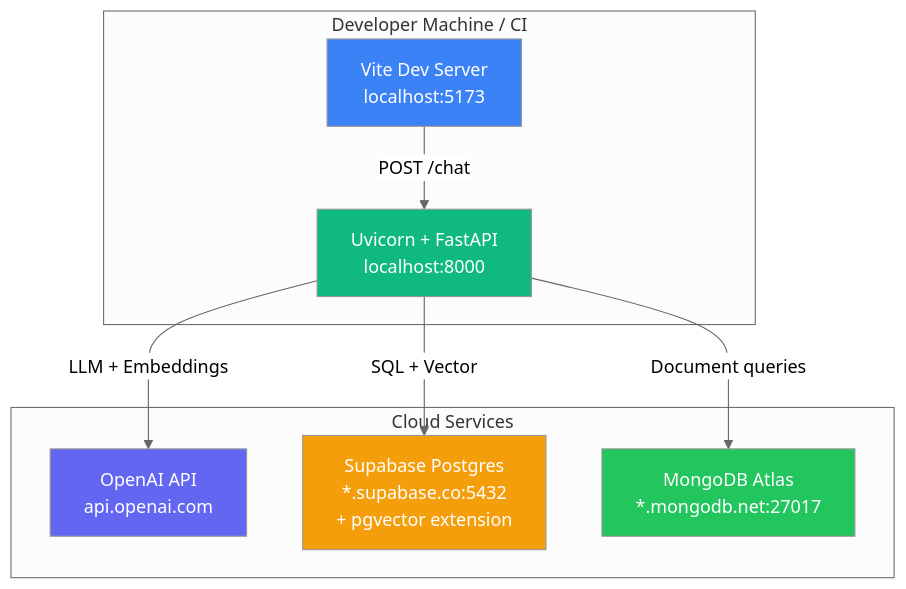
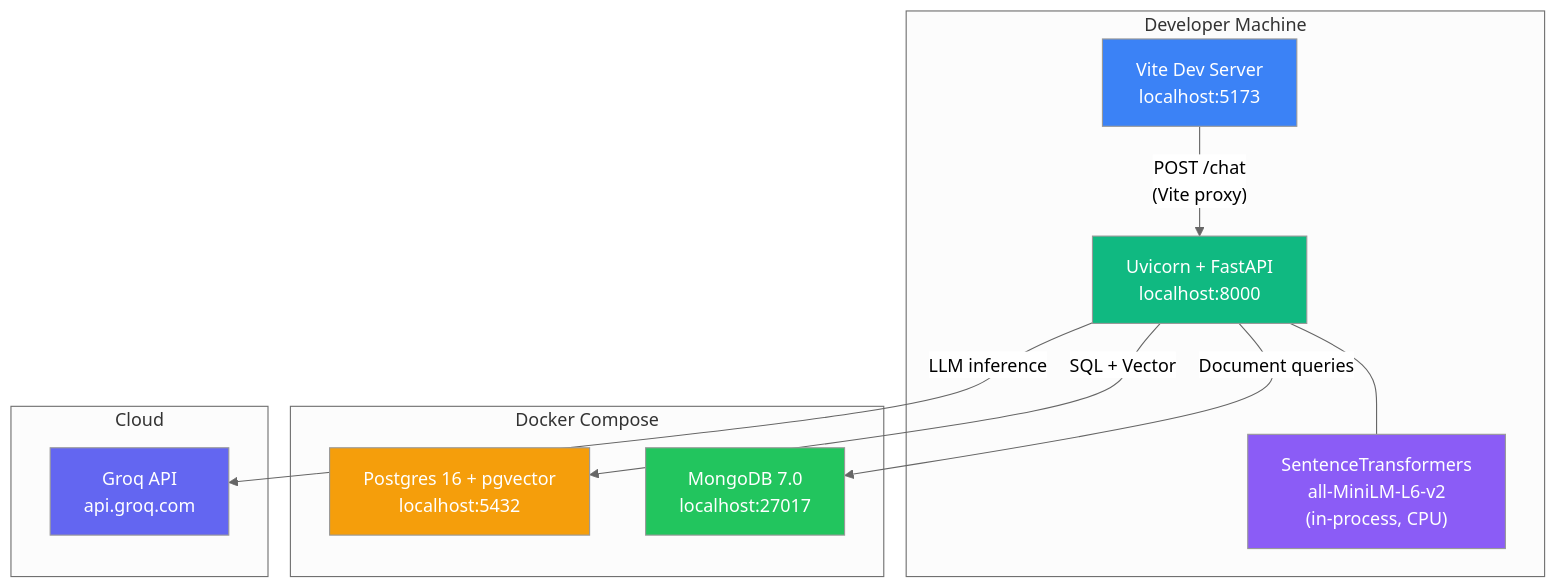
Before and after one commit to Manoj10041996/MultiDBAgent_class5_hw2_ManojKumarY: the fourth of 5 diagrams in docs/ARCHITECTURE.md, drawn with Mermaid (neutral theme). The commit also changed other lines of this file and 27 other files, not shown here.

Commit message:
feat: all 3 tools working - SQL, MongoDB, RAG confirmed

````diff
--- a/docs/ARCHITECTURE.md
+++ b/docs/ARCHITECTURE.md
@@ -126,24 +128,30 @@
 ```mermaid
 graph TB
-    subgraph "Developer Machine / CI"
+    subgraph "Developer Machine"
         FE["Vite Dev Server<br/>localhost:5173"]
         BE["Uvicorn + FastAPI<br/>localhost:8000"]
+        EMB["SentenceTransformers<br/>all-MiniLM-L6-v2<br/>(in-process, CPU)"]
     end
 
-    subgraph "Cloud Services"
-        OPENAI["OpenAI API<br/>api.openai.com"]
-        SUPA["Supabase Postgres<br/>*.supabase.co:5432<br/>+ pgvector extension"]
-        MONGO["MongoDB Atlas<br/>*.mongodb.net:27017"]
+    subgraph "Docker Compose"
+        PG["Postgres 16 + pgvector<br/>localhost:5432"]
+        MG["MongoDB 7.0<br/>localhost:27017"]
     end
 
-    FE -->|"POST /chat"| BE
-    BE -->|"LLM + Embeddings"| OPENAI
-    BE -->|"SQL + Vector"| SUPA
-    BE -->|"Document queries"| MONGO
+    subgraph "Cloud"
+        GROQ["Groq API<br/>api.groq.com"]
+    end
+
+    FE -->|"POST /chat<br/>(Vite proxy)"| BE
+    BE -->|"LLM inference"| GROQ
+    BE -->|"SQL + Vector"| PG
+    BE -->|"Document queries"| MG
+    BE --- EMB
 
     style FE fill:#3b82f6,color:#fff
     style BE fill:#10b981,color:#fff
-    style OPENAI fill:#6366f1,color:#fff
-    style SUPA fill:#f59e0b,color:#fff
-    style MONGO fill:#22c55e,color:#fff
+    style EMB fill:#8b5cf6,color:#fff
+    style GROQ fill:#6366f1,color:#fff
+    style PG fill:#f59e0b,color:#fff
+    style MG fill:#22c55e,color:#fff
 ```
````
